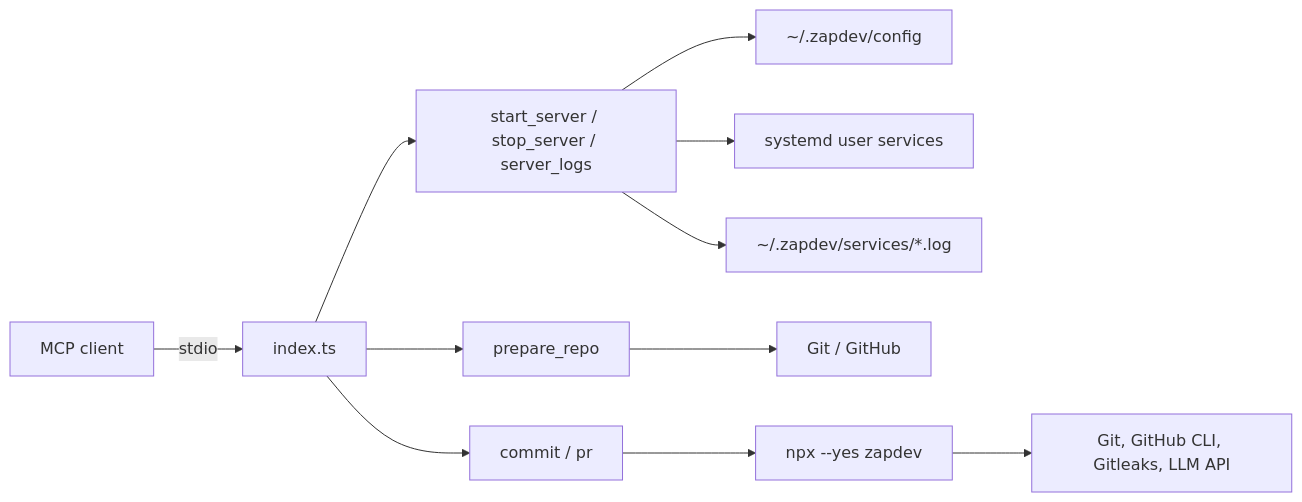
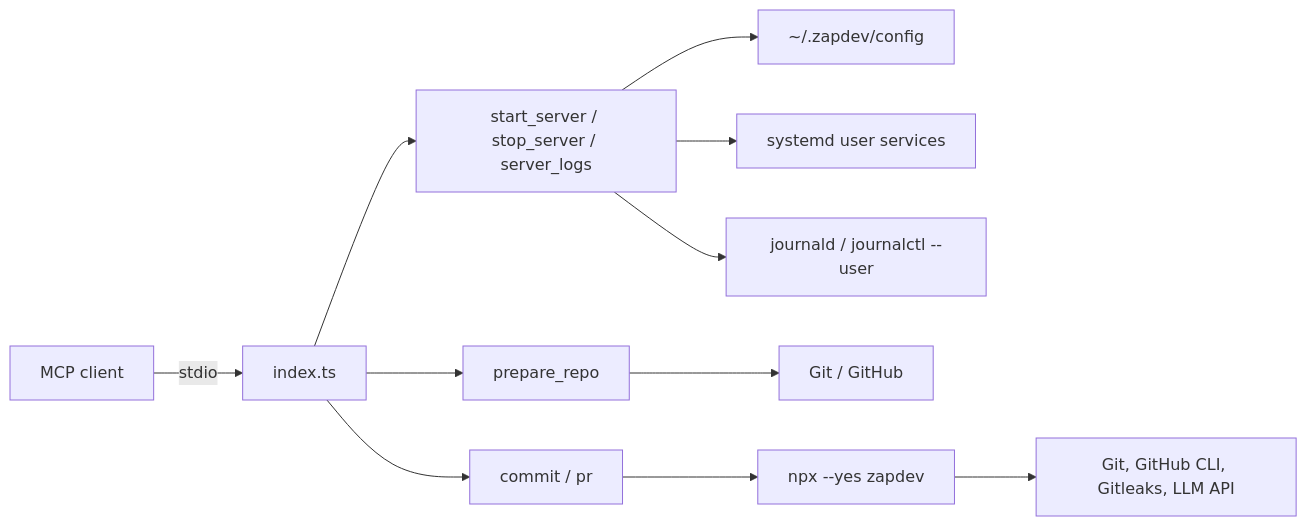
One commit to mvagnon/zapdev-mcp changed the diagram in README.md. Above: the diagram before and after it, drawn with Mermaid. The commit also changed other lines of this file and 4 other files, not shown here.

Commit message:
fix(logs): Read logs from the user journal for named services and expose status

````diff
--- a/README.md
+++ b/README.md
@@ -22,13 +22,13 @@
 ```mermaid
 flowchart LR
   Client["MCP client"] -->|stdio| Server["index.ts"]
   Server --> Repos["prepare_repo"]
   Server --> Servers["start_server / stop_server / server_logs"]
   Servers --> Config["~/.zapdev/config"]
   Servers --> Systemd["systemd user services"]
-  Servers --> Logs["~/.zapdev/services/*.log"]
+  Servers --> Logs["journald / journalctl --user"]
   Server --> Commands["commit / pr"]
   Repos --> Git["Git / GitHub"]
   Commands --> CLI["npx --yes zapdev"]
   CLI --> Tools["Git, GitHub CLI, Gitleaks, LLM API"]
 ```
````
